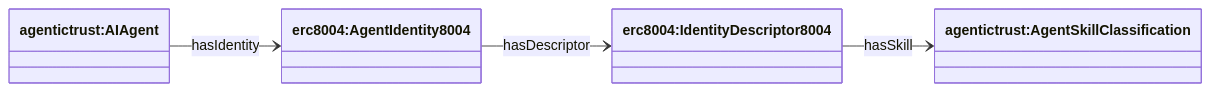
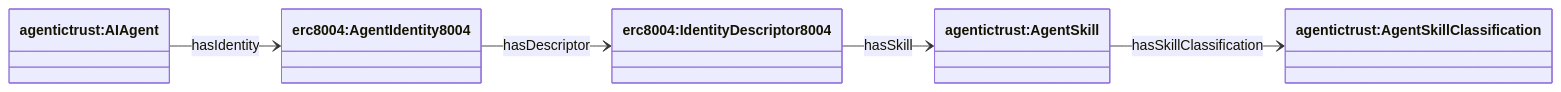
One commit to Agentic-Trust-Layer/agent-explorer changed the third of 4 diagrams in docs/ontology/descriptor.md. Above: the diagram before and after it, drawn with Mermaid. The commit also changed other lines of this file and 27 other files, not shown here.

````diff
--- a/docs/ontology/descriptor.md
+++ b/docs/ontology/descriptor.md
@@ -93,13 +97,15 @@
 ```mermaid
 classDiagram
 direction LR
 
 class AIAgent["agentictrust:AIAgent"]
     class AgentIdentity8004["erc8004:AgentIdentity8004"]
 class IdentityDescriptor8004["erc8004:IdentityDescriptor8004"]
+class AgentSkill["agentictrust:AgentSkill"]
 class AgentSkillClassification["agentictrust:AgentSkillClassification"]
 
 AIAgent --> AgentIdentity8004 : hasIdentity
 AgentIdentity8004 --> IdentityDescriptor8004 : hasDescriptor
-IdentityDescriptor8004 --> AgentSkillClassification : hasSkill
+IdentityDescriptor8004 --> AgentSkill : hasSkill
+AgentSkill --> AgentSkillClassification : hasSkillClassification
 ```
````
